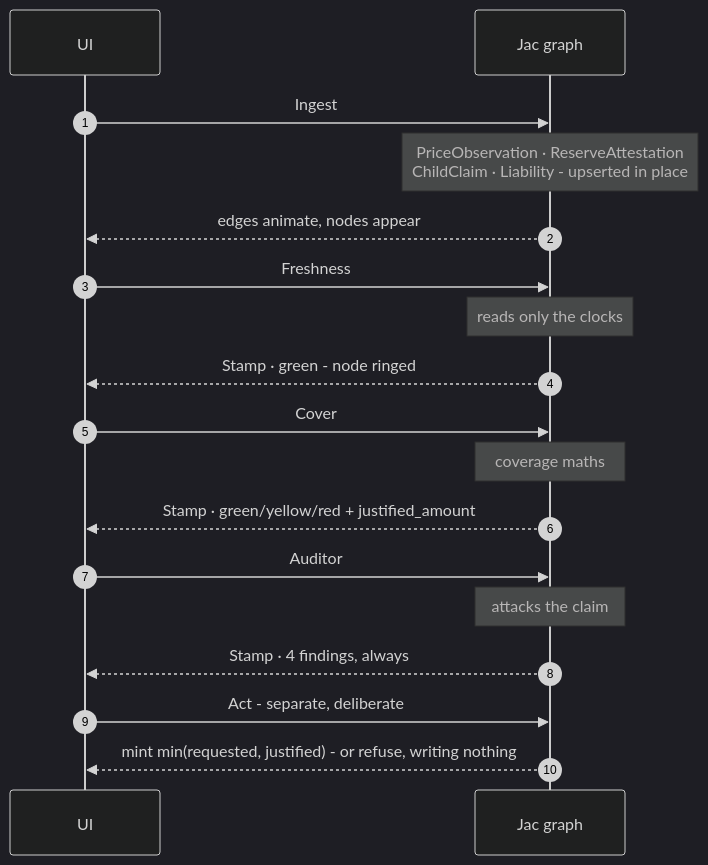
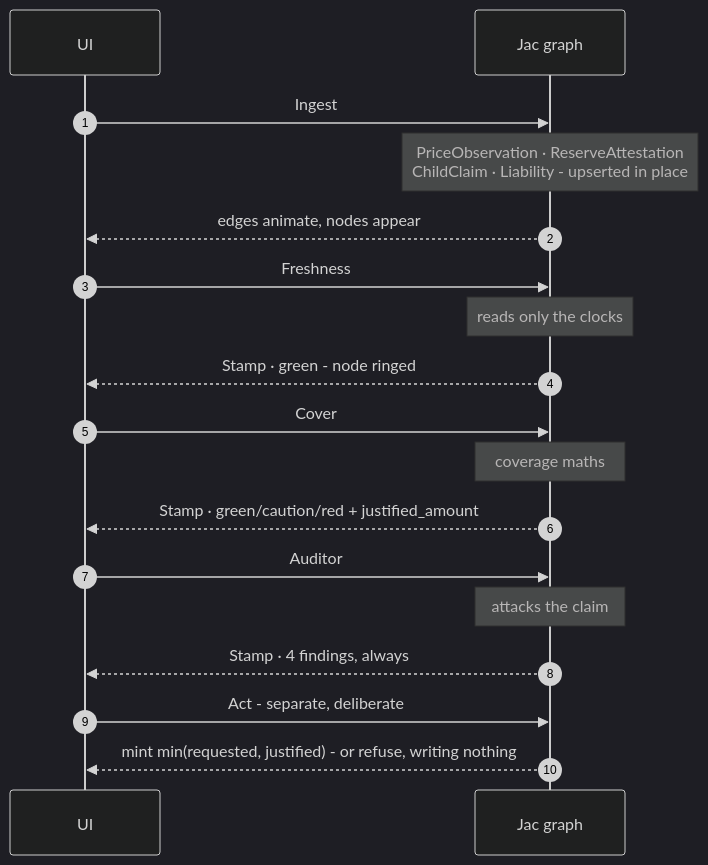
Before and after one commit to AgenticPortfolioX/POR-Jac-Enforced: the fifth of 5 diagrams in README.md, drawn with Mermaid (dark theme). The commit also changed other lines of this file and 36 other files, not shown here.

Commit message:
fix(ui): reconnect graph edges, add scanning beam animation, replace yellow with caution everywhere

````diff
--- a/README.md
+++ b/README.md
@@ -179,25 +179,25 @@
 ```mermaid
 sequenceDiagram
     autonumber
     participant UI
     participant G as Jac graph
 
     UI->>G: Ingest
     Note over G: PriceObservation · ReserveAttestation<br/>ChildClaim · Liability - upserted in place
     G-->>UI: edges animate, nodes appear
 
     UI->>G: Freshness
     Note over G: reads only the clocks
     G-->>UI: Stamp · green - node ringed
 
     UI->>G: Cover
     Note over G: coverage maths
-    G-->>UI: Stamp · green/yellow/red + justified_amount
+    G-->>UI: Stamp · green/caution/red + justified_amount
 
     UI->>G: Auditor
     Note over G: attacks the claim
     G-->>UI: Stamp · 4 findings, always
 
     UI->>G: Act - separate, deliberate
     G-->>UI: mint min(requested, justified) - or refuse, writing nothing
 ```
````
